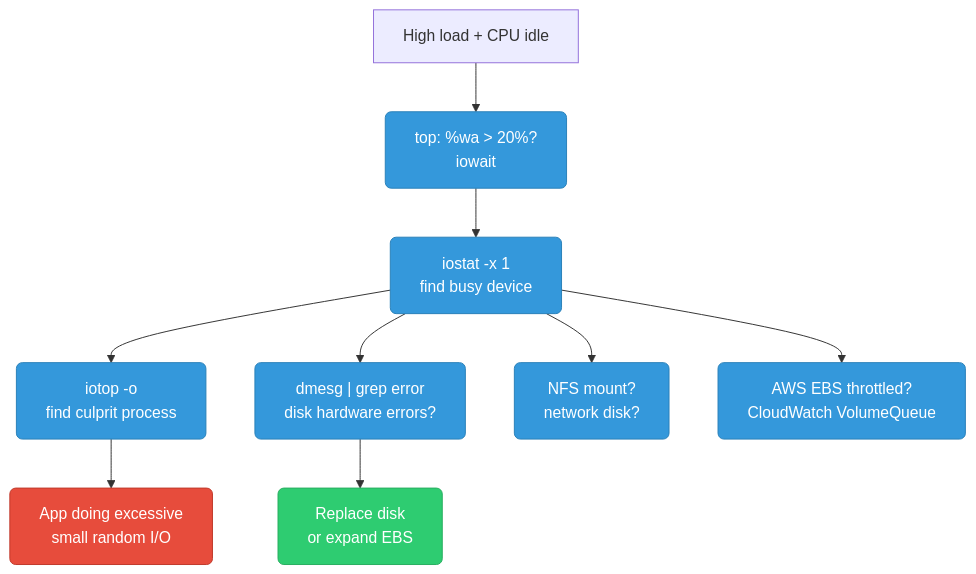
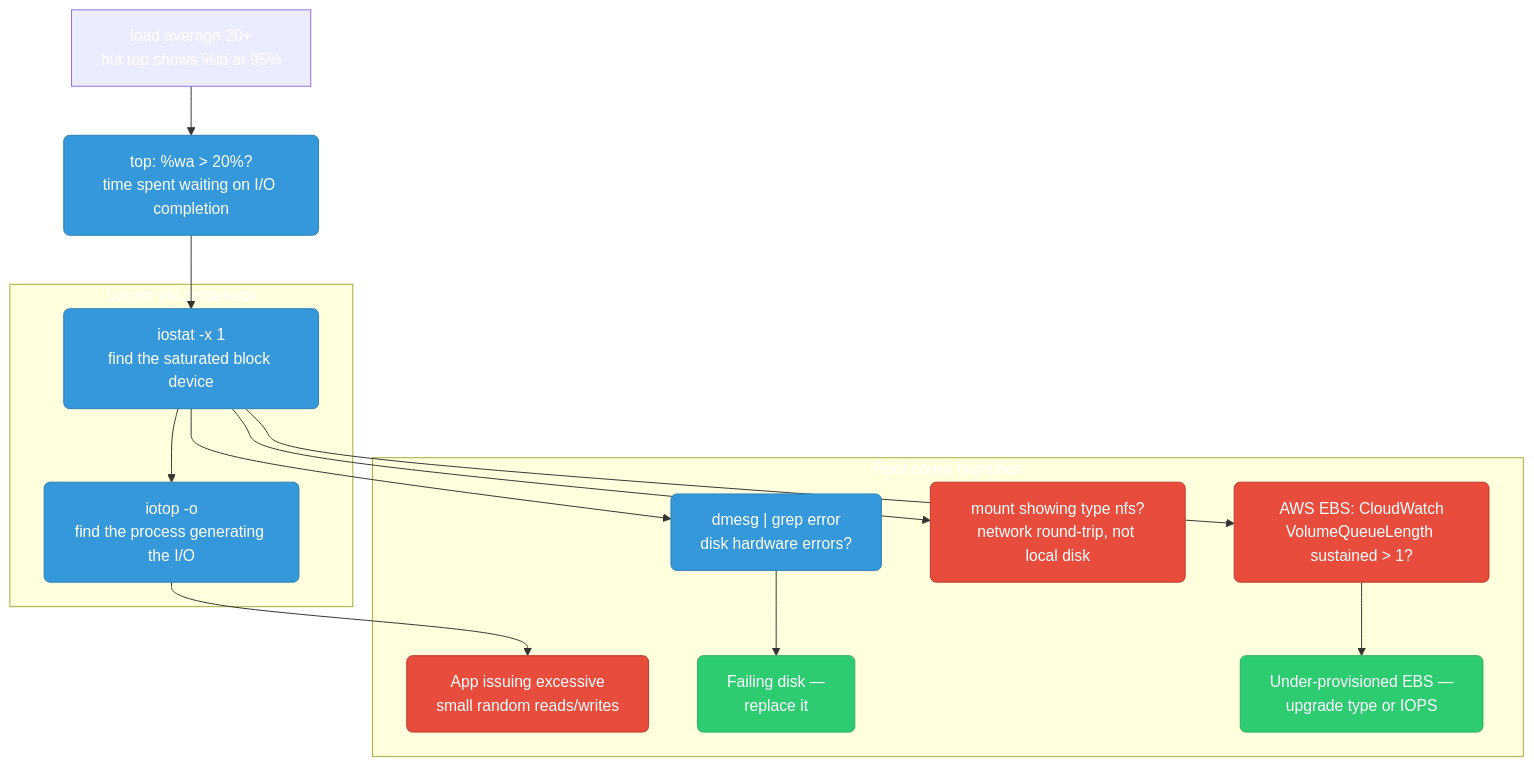
The second of 10 diagrams in sre/linux-debugging.md (deepanshu-rawat6/DevOpsIndex), drawn with Mermaid before and after one commit. The commit also changed other lines of this file and 10 other files, not shown here.

````diff
--- a/sre/linux-debugging.md
+++ b/sre/linux-debugging.md
@@ -61,22 +98,30 @@
 ```mermaid
 graph TD
     classDef check fill:#3498db,stroke:#2980b9,color:#fff,rx:6
     classDef fix fill:#2ecc71,stroke:#27ae60,color:#fff,rx:6
     classDef warn fill:#e74c3c,stroke:#c0392b,color:#fff,rx:6
+    classDef root fill:#8e44ad,stroke:#6c3483,color:#fff,rx:6
 
-    START["High load + CPU idle"]
-    WA["top: %wa > 20%?<br/>iowait"]:::check
-    IOSTAT["iostat -x 1<br/>find busy device"]:::check
-    IOTOP["iotop -o<br/>find culprit process"]:::check
-    DMESG["dmesg | grep error<br/>disk hardware errors?"]:::check
-    NFS["NFS mount?<br/>network disk?"]:::check
-    AWS["AWS EBS throttled?<br/>CloudWatch VolumeQueue"]:::check
-    DISKFAIL["Replace disk<br/>or expand EBS"]:::fix
-    SLOW_APP["App doing excessive<br/>small random I/O"]:::warn
+    START["load average 20+<br/>but top shows %id at 95%"]
+    WA["top: %wa > 20%?<br/>time spent waiting on I/O completion"]:::check
+
+    subgraph LOCATE["Locate the bottleneck"]
+        IOSTAT["iostat -x 1<br/>find the saturated block device"]:::check
+        IOTOP["iotop -o<br/>find the process generating the I/O"]:::check
+    end
+
+    subgraph ROOTCAUSE["Root cause branches"]
+        DMESG["dmesg | grep error<br/>disk hardware errors?"]:::check
+        NFS["mount showing type nfs?<br/>network round-trip, not local disk"]:::warn
+        AWS["AWS EBS: CloudWatch<br/>VolumeQueueLength sustained > 1?"]:::warn
+        SLOW_APP["App issuing excessive<br/>small random reads/writes"]:::warn
+        DISKFAIL["Failing disk —<br/>replace it"]:::fix
+        UPGRADE["Under-provisioned EBS —<br/>upgrade type or IOPS"]:::fix
+    end
 
     START --> WA --> IOSTAT --> IOTOP
     IOTOP --> SLOW_APP
     IOSTAT --> DMESG --> DISKFAIL
     IOSTAT --> NFS
-    IOSTAT --> AWS
+    IOSTAT --> AWS --> UPGRADE
 ```
````
